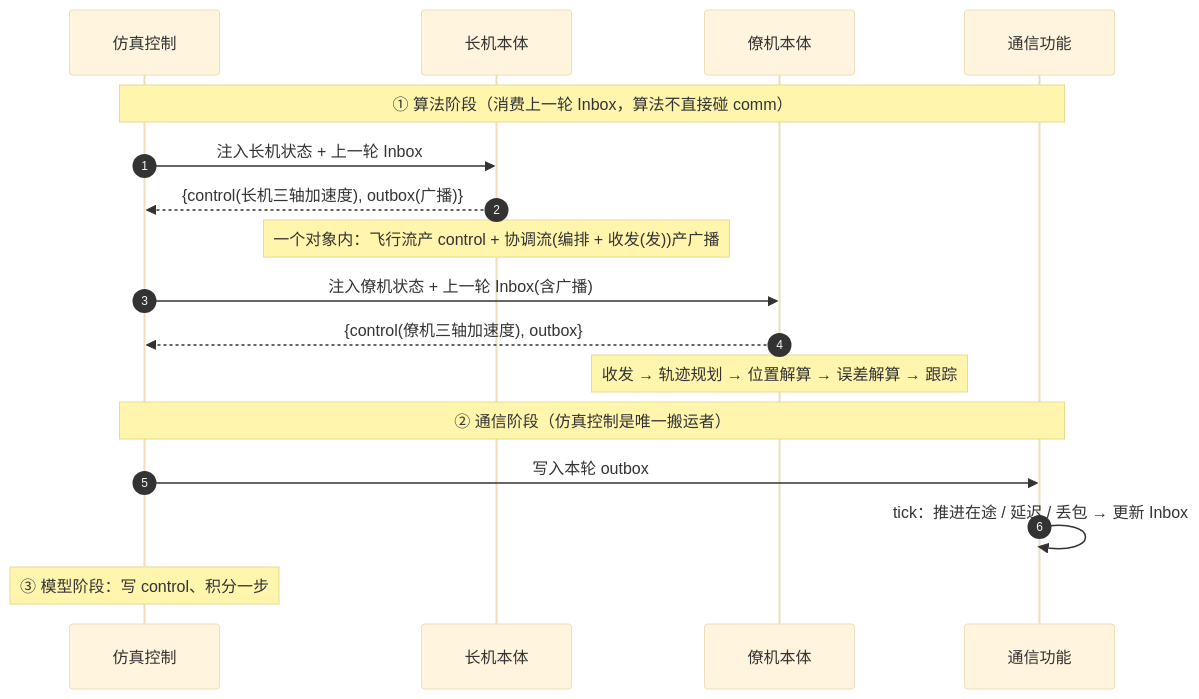
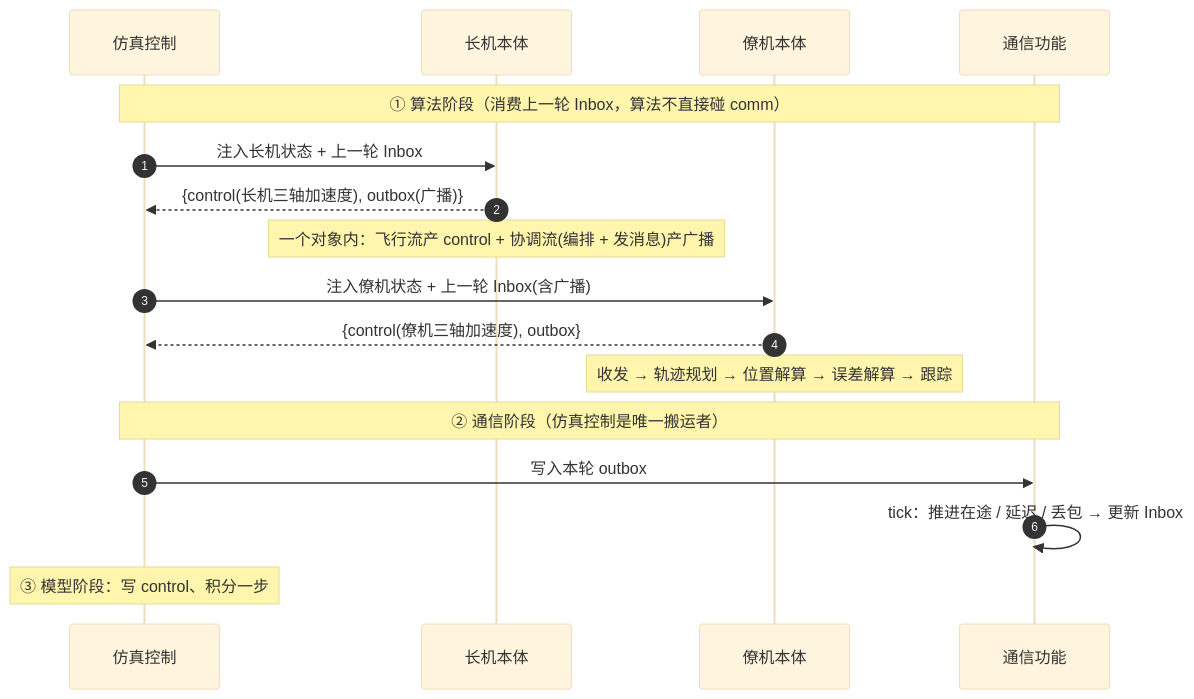
Before and after one commit to tanqingkuang/-: the second of 2 diagrams in docs/3-编队算法设计文档/0-HLD.md, drawn with Mermaid (base theme). The commit also changed other lines of this file and 5 other files, not shown here.

First line of the commit message:
docs(编队算法): 实体内数据流换为黑板 + 类型化指针视图(4 层)

````diff
--- a/docs/3-编队算法设计文档/0-HLD.md
+++ b/docs/3-编队算法设计文档/0-HLD.md
@@ -93,20 +93,20 @@
 ```mermaid
 sequenceDiagram
     autonumber
     participant SC as 仿真控制
     participant LE as 长机本体
     participant WE as 僚机本体
     participant CM as 通信功能
 
     Note over SC,CM: ① 算法阶段（消费上一轮 Inbox，算法不直接碰 comm）
     SC->>LE: 注入长机状态 + 上一轮 Inbox
     LE-->>SC: {control(长机三轴加速度), outbox(广播)}
-    Note over LE: 一个对象内：飞行流产 control + 协调流(编排 + 收发(发))产广播
+    Note over LE: 一个对象内：飞行流产 control + 协调流(编排 + 发消息)产广播
     SC->>WE: 注入僚机状态 + 上一轮 Inbox(含广播)
     WE-->>SC: {control(僚机三轴加速度), outbox}
     Note over WE: 收发 → 轨迹规划 → 位置解算 → 误差解算 → 跟踪
     Note over SC,CM: ② 通信阶段（仿真控制是唯一搬运者）
     SC->>CM: 写入本轮 outbox
     CM->>CM: tick：推进在途 / 延迟 / 丢包 → 更新 Inbox
     Note over SC: ③ 模型阶段：写 control、积分一步
 ```
````
